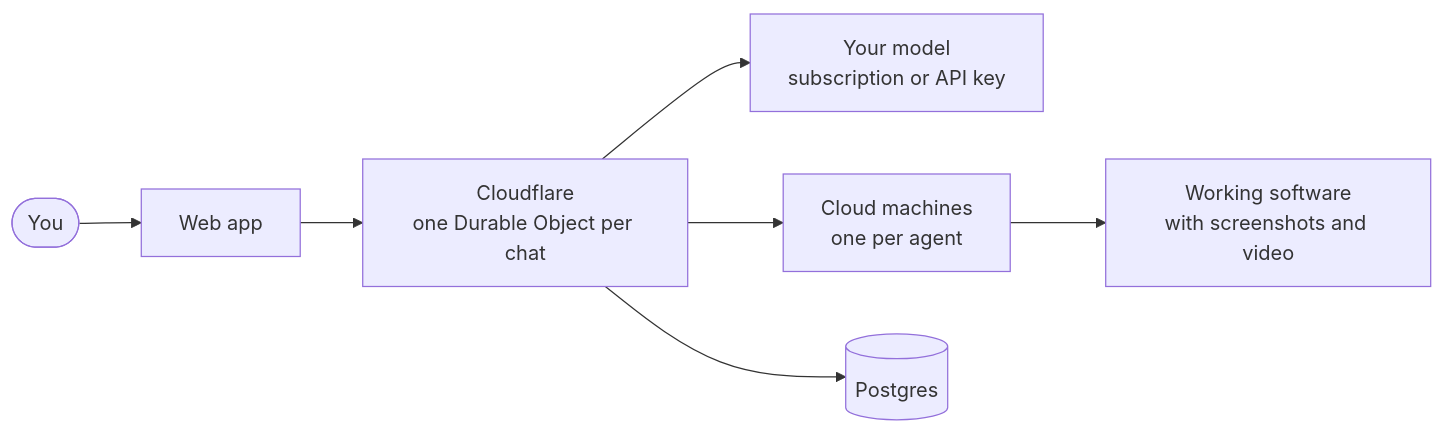
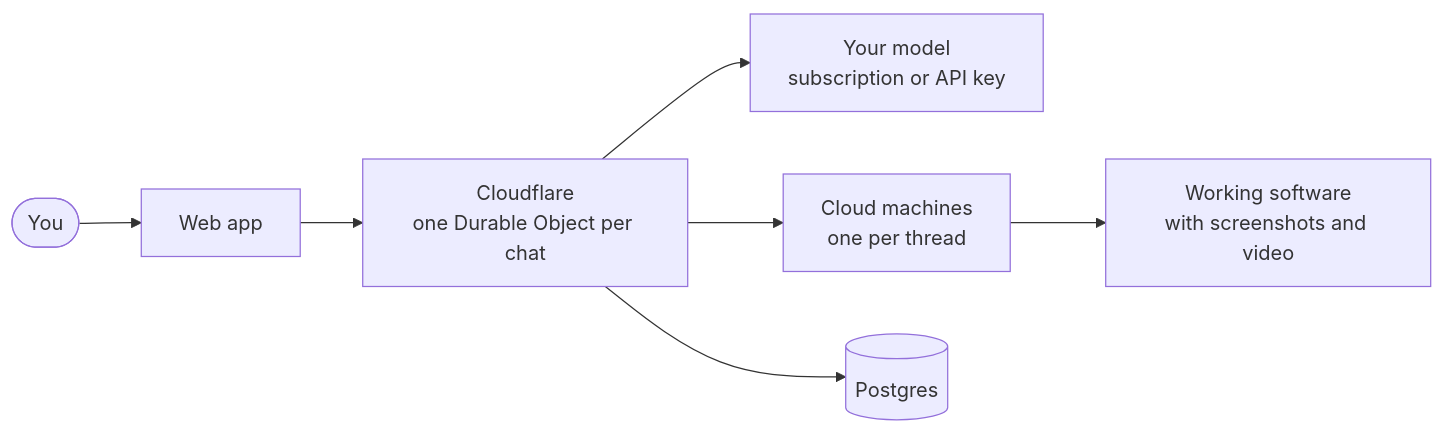
Before and after one commit to y-times-y/ytimesy: the diagram in README.md, drawn with Mermaid. The commit also changed other lines of this file and 32 other files, not shown here.

````diff
--- a/README.md
+++ b/README.md
@@ -54,9 +53,9 @@
 ```mermaid
 flowchart LR
   You([You]) --> UI[Web app]
   UI --> Edge["Cloudflare<br/>one Durable Object per chat"]
   Edge --> Models["Your model<br/>subscription or API key"]
-  Edge --> VMs["Cloud machines<br/>one per agent"]
+  Edge --> VMs["Cloud machines<br/>one per thread"]
   VMs --> Out["Working software<br/>with screenshots and video"]
   Edge --> DB[("Postgres")]
 ```
````
